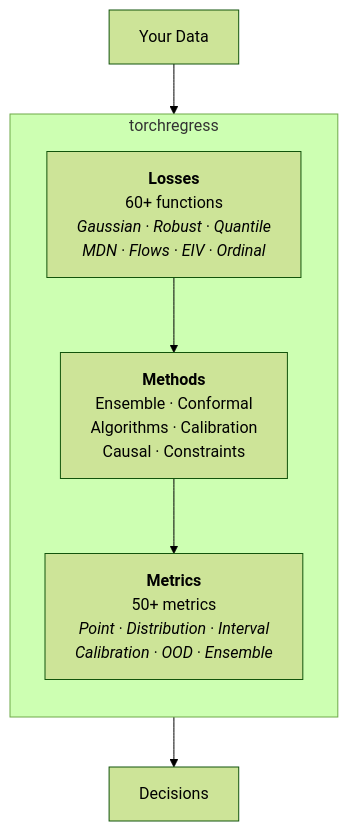
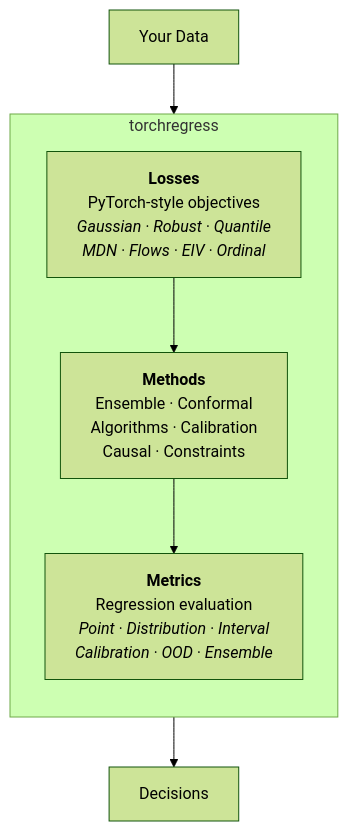
The diagram in docs/index.md (astroai/torchregress), drawn with Mermaid (forest theme) before and after one commit. The commit also changed other lines of this file and 28 other files, not shown here.

````diff
--- a/docs/index.md
+++ b/docs/index.md
@@ -30,13 +30,13 @@
 ```mermaid
 graph TB
     subgraph torchregress
         direction TB
-        L["<b>Losses</b><br/>60+ functions<br/><i>Gaussian · Robust · Quantile<br/>MDN · Flows · EIV · Ordinal</i>"]
+        L["<b>Losses</b><br/>PyTorch-style objectives<br/><i>Gaussian · Robust · Quantile<br/>MDN · Flows · EIV · Ordinal</i>"]
         M["<b>Methods</b><br/>Ensemble · Conformal<br/>Algorithms · Calibration<br/>Causal · Constraints"]
-        Met["<b>Metrics</b><br/>50+ metrics<br/><i>Point · Distribution · Interval<br/>Calibration · OOD · Ensemble</i>"]
+        Met["<b>Metrics</b><br/>Regression evaluation<br/><i>Point · Distribution · Interval<br/>Calibration · OOD · Ensemble</i>"]
     end
     D["Your Data"] --> L
     L --> M
     M --> Met
     Met --> R["Decisions"]
 ```
````
